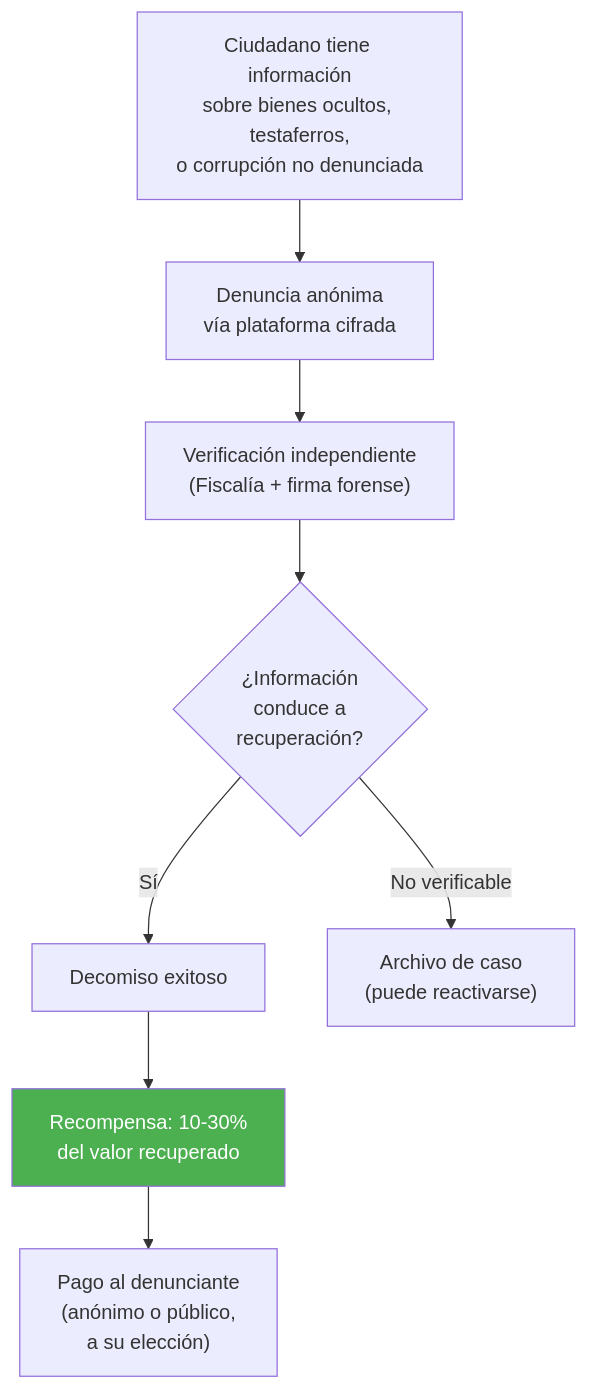
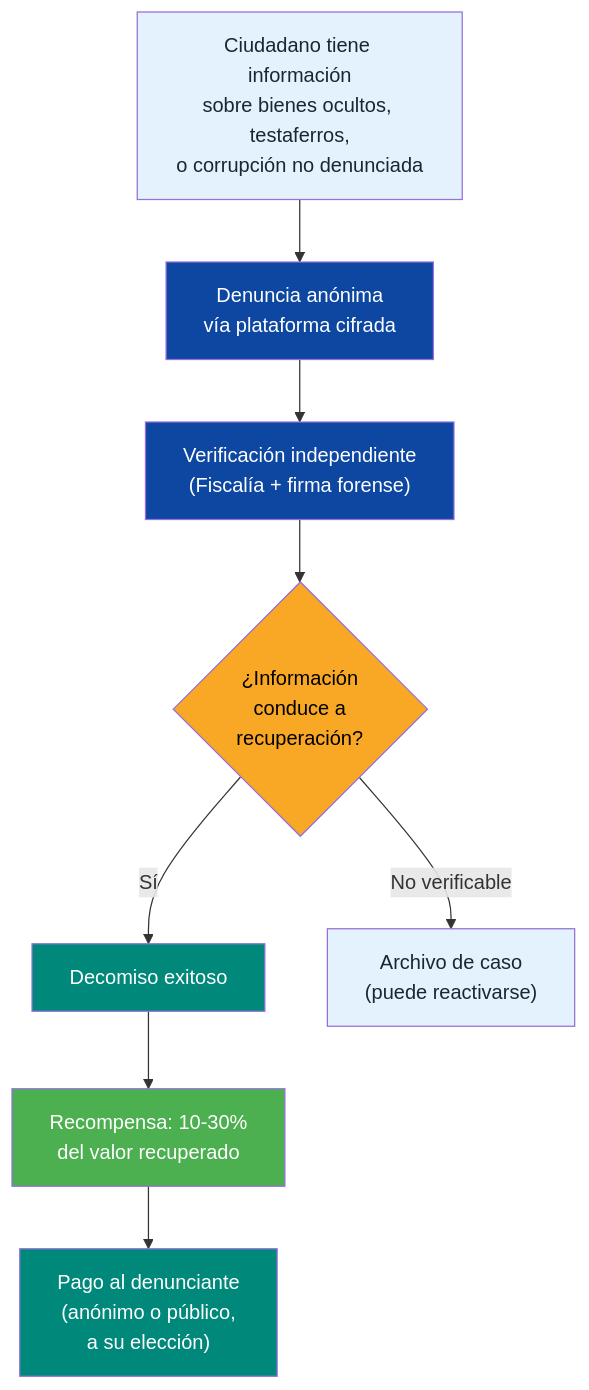
Before and after one commit to Venezuela-S-A/venezuela-sa: the second of 3 diagrams in docs/04-gobernanza/justicia-transicional.md, drawn with Mermaid. The commit also changed other lines of this file and 127 other files, not shown here.

````diff
--- a/docs/04-gobernanza/justicia-transicional.md
+++ b/docs/04-gobernanza/justicia-transicional.md
@@ -179,12 +188,21 @@
 ```mermaid
 flowchart TD
     A["Ciudadano tiene información<br/>sobre bienes ocultos, testaferros,<br/>o corrupción no denunciada"] --> B["Denuncia anónima<br/>vía plataforma cifrada"]
     B --> C["Verificación independiente<br/>(Fiscalía + firma forense)"]
     C --> D{"¿Información<br/>conduce a<br/>recuperación?"}
     D -->|Sí| E["Decomiso exitoso"]
     E --> F["Recompensa: 10-30%<br/>del valor recuperado"]
     D -->|No verificable| G["Archivo de caso<br/>(puede reactivarse)"]
     F --> H["Pago al denunciante<br/>(anónimo o público,<br/>a su elección)"]
 
+    style A fill:#E3F2FD,color:#1B2631
+    style B fill:#0D47A1,color:#fff
+    style C fill:#0D47A1,color:#fff
+    style D fill:#F9A825,color:#000
+    style E fill:#00897B,color:#fff
+    style F fill:#F9A825,color:#000
+    style G fill:#E3F2FD,color:#1B2631
+    style H fill:#00897B,color:#fff
+
     style F fill:#4CAF50,color:#fff
 ```
````
